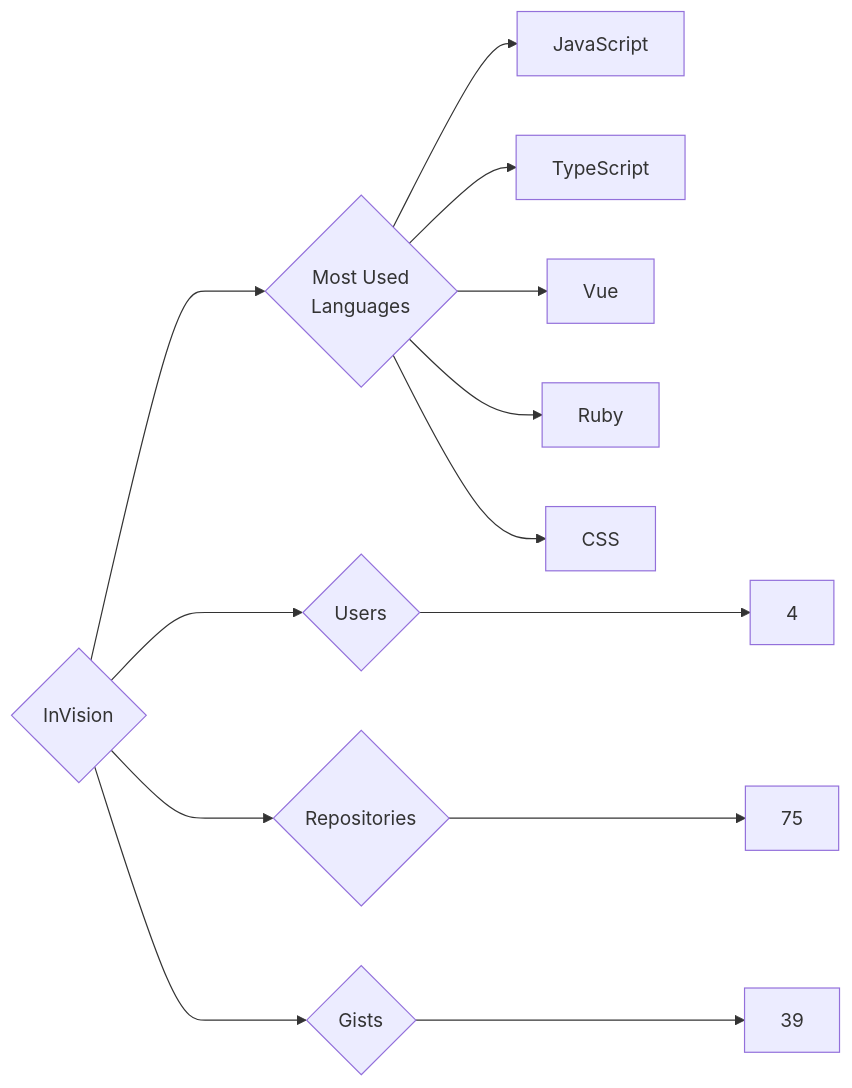
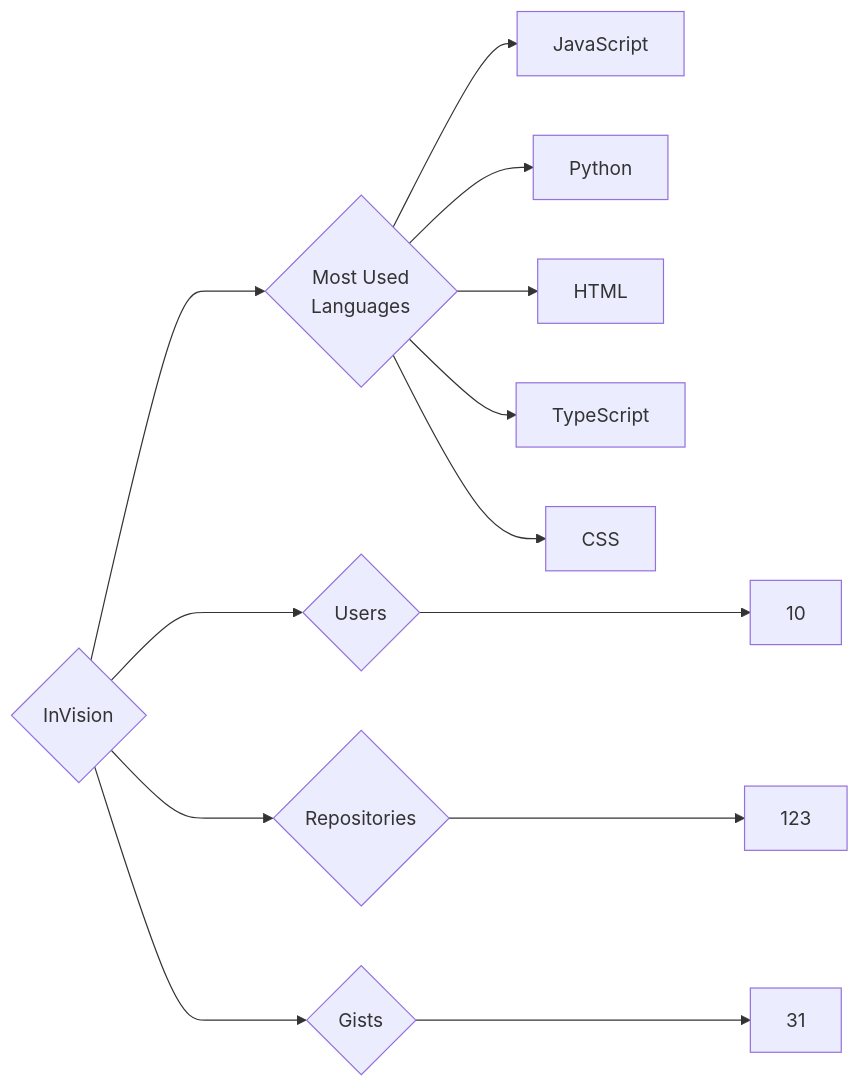
One commit to trickest/insiders changed the diagram in targets/InVision/README.md. Above: the diagram before and after it, drawn with Mermaid. The commit also changed 594 other files, not shown here.

````diff
--- a/targets/InVision/README.md
+++ b/targets/InVision/README.md
@@ -3,13 +3,13 @@
 ```mermaid
 graph LR
 COMPANY_NAME{InVision}
-COMPANY_NAME ---> U{Users} ---> UN[4]
-COMPANY_NAME ---> R{Repositories} ---> RN[75]
-COMPANY_NAME ---> G{Gists} ---> GN[39]
+COMPANY_NAME ---> U{Users} ---> UN[10]
+COMPANY_NAME ---> R{Repositories} ---> RN[123]
+COMPANY_NAME ---> G{Gists} ---> GN[31]
 COMPANY_NAME ---> ML{Most Used<br>Languages}
 ML --> JavaScript[JavaScript]
+ML --> Python[Python]
+ML --> HTML[HTML]
 ML --> TypeScript[TypeScript]
-ML --> Vue[Vue]
-ML --> Ruby[Ruby]
 ML --> CSS[CSS]
 ```
````
